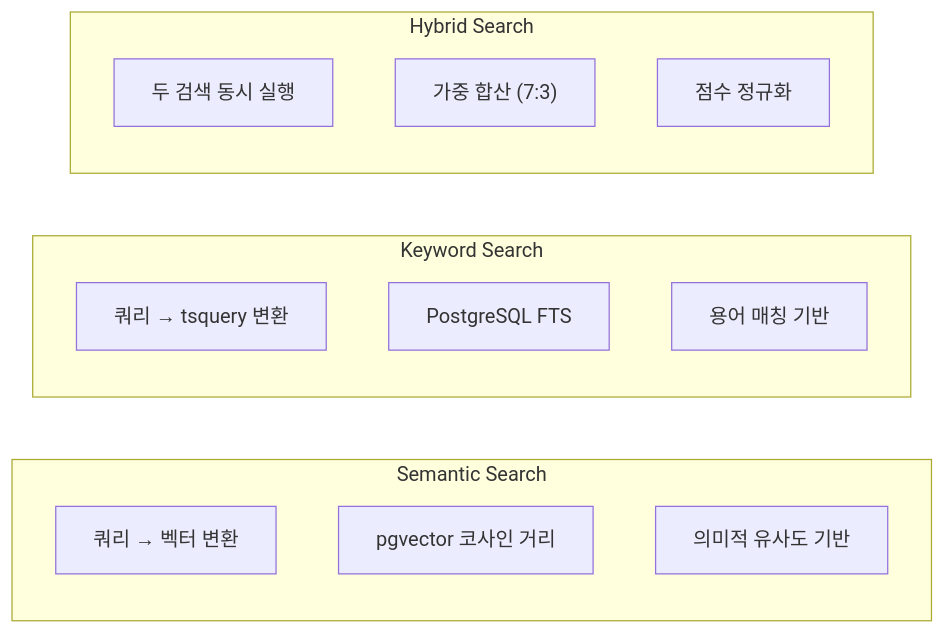
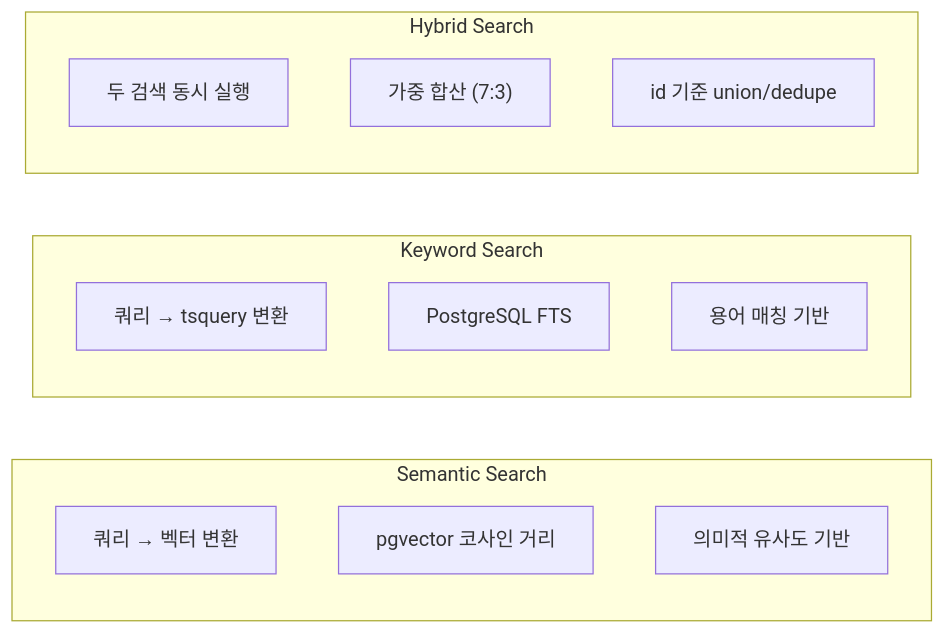
Before and after one commit to junghyunJJ/sgcp-rag: the seventh of 7 diagrams in docs/vector-search-pipeline.md, drawn with Mermaid. The commit also changed other lines of this file and 15 other files, not shown here.

````diff
--- a/docs/vector-search-pipeline.md
+++ b/docs/vector-search-pipeline.md
@@ -519,20 +482,20 @@
 ```mermaid
 graph LR
     subgraph "Semantic Search"
         S1["쿼리 → 벡터 변환"]
         S2["pgvector 코사인 거리"]
         S3["의미적 유사도 기반"]
     end
 
     subgraph "Keyword Search"
         K1["쿼리 → tsquery 변환"]
         K2["PostgreSQL FTS"]
         K3["용어 매칭 기반"]
     end
 
     subgraph "Hybrid Search"
         H1["두 검색 동시 실행"]
         H2["가중 합산 (7:3)"]
-        H3["점수 정규화"]
+        H3["id 기준 union/dedupe"]
     end
 ```
````
